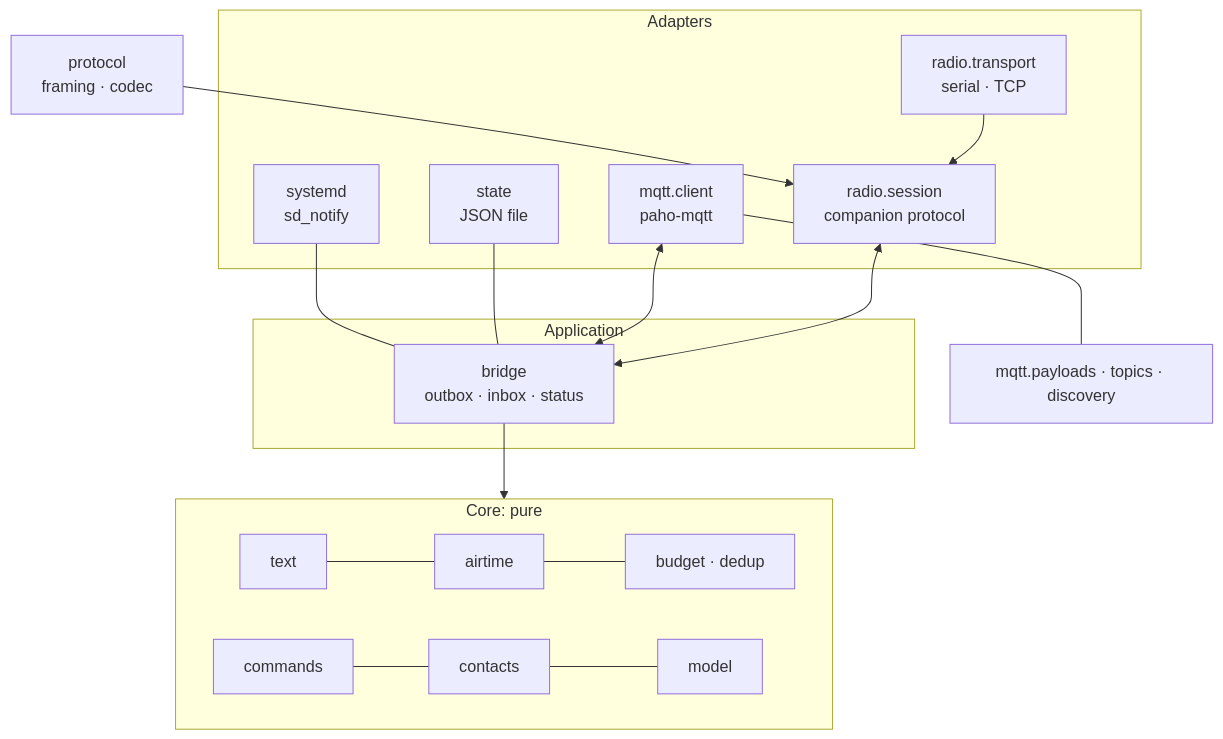
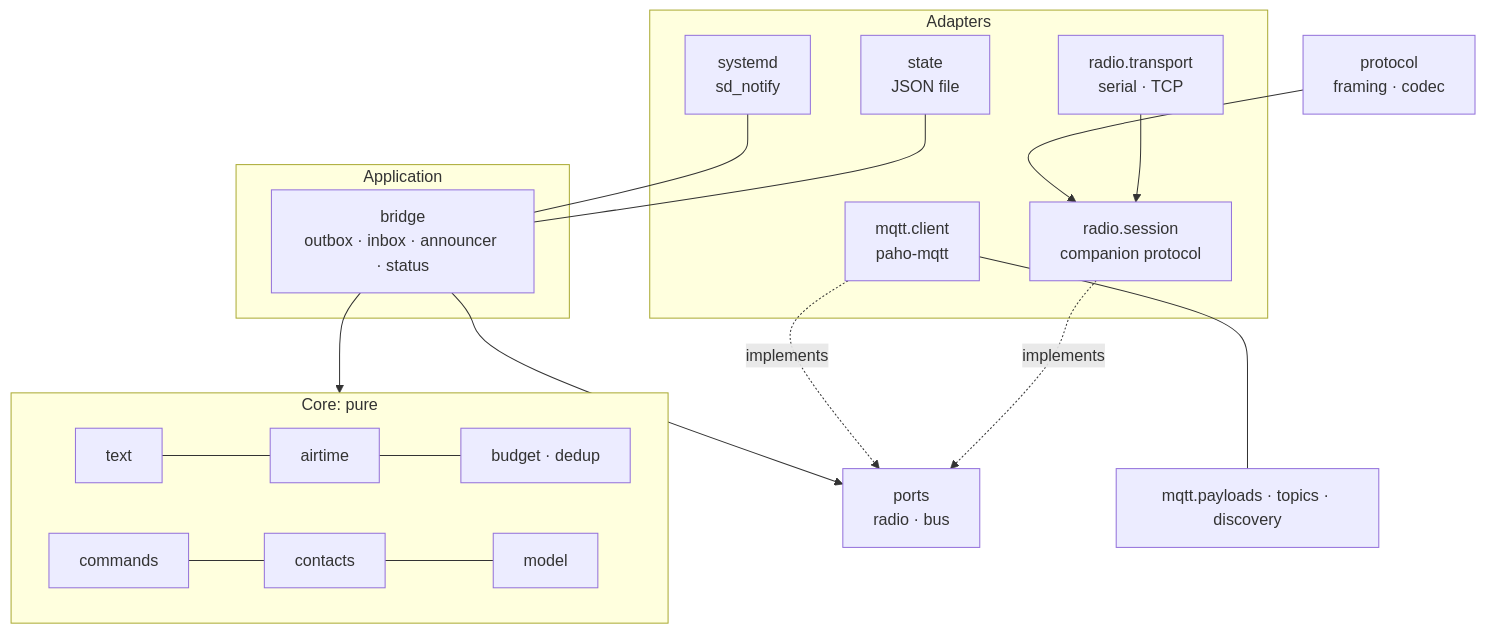
One commit to dkuenzel/meshcore-home-gateway changed the second of 6 diagrams in docs/design.md. Above: the diagram before and after it, drawn with Mermaid. The commit also changed other lines of this file and 62 other files, not shown here.

First line of the commit message:
refactor: ports, the bridge's parts with their wiring, the command line as a package (ARC-003, ARC-009, CODE-005, CODE-010) (#57)

````diff
--- a/docs/design.md
+++ b/docs/design.md
@@ -125,23 +129,25 @@
 ```mermaid
 flowchart TB
     subgraph adapters [Adapters]
         T["radio.transport<br/>serial · TCP"] --> SES[radio.session<br/>companion protocol]
         MQ[mqtt.client<br/>paho-mqtt]
         ST[state<br/>JSON file]
         SD[systemd<br/>sd_notify]
     end
     subgraph app [Application]
-        BR[bridge<br/>outbox · inbox · status]
+        BR[bridge<br/>outbox · inbox · announcer · status]
     end
     subgraph core [Core: pure]
         TX[text] --- AT[airtime] --- BU[budget · dedup]
         CO[commands] --- CT[contacts] --- MO[model]
     end
+    PO[ports<br/>radio · bus]
     PR[protocol<br/>framing · codec] --> SES
-    SES <--> BR
-    MQ <--> BR
+    SES -. implements .-> PO
+    MQ -. implements .-> PO
+    BR --> PO
     ST --- BR
     SD --- BR
     BR --> core
     MQ --- PAY[mqtt.payloads · topics · discovery]
 ```
````
